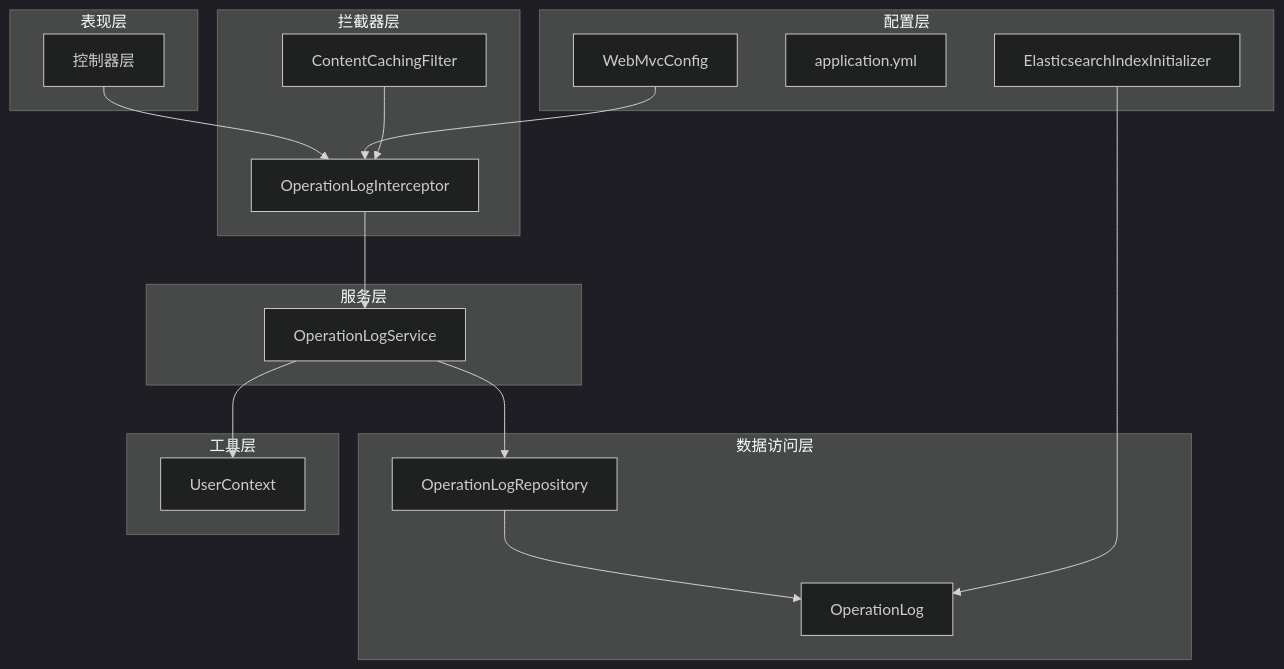
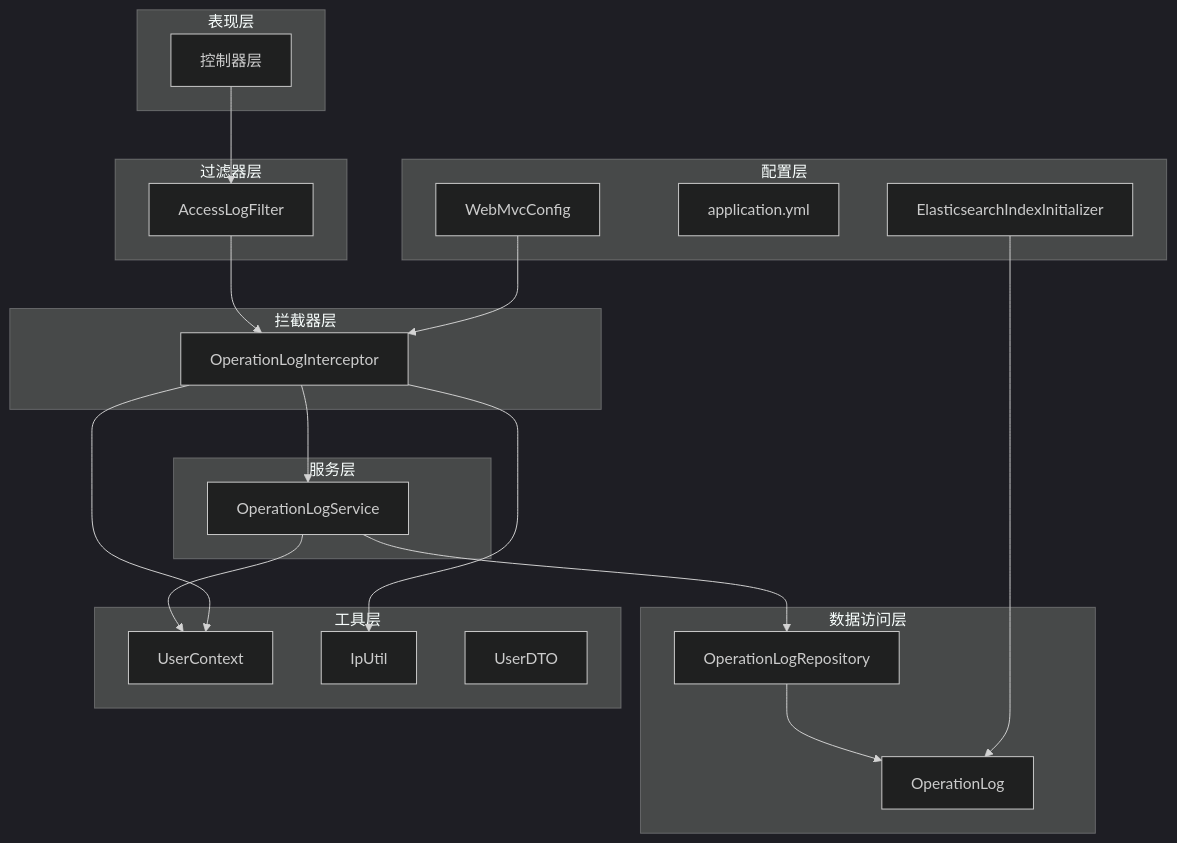
Before and after one commit to 20164206160/zhishilu: the tenth of 11 diagrams in .qoder/repowiki/zh/content/操作日志系统/操作日志系统.md, drawn with Mermaid (dark theme). The commit also changed other lines of this file and 28 other files, not shown here.

````diff
--- a/.qoder/repowiki/zh/content/操作日志系统/操作日志系统.md
+++ b/.qoder/repowiki/zh/content/操作日志系统/操作日志系统.md
@@ -310,33 +388,39 @@
 ```mermaid
 graph TB
 subgraph "表现层"
 Controllers[控制器层]
 end
+subgraph "过滤器层"
+AccessFilter[AccessLogFilter]
+end
 subgraph "拦截器层"
-Interceptor[OperationLogInterceptor]
-CachingFilter[ContentCachingFilter]
+OperationLogInterceptor[OperationLogInterceptor]
 end
 subgraph "服务层"
-Service[OperationLogService]
+OperationLogService[OperationLogService]
 end
 subgraph "数据访问层"
-Repository[OperationLogRepository]
-Entity[OperationLog]
+OperationLogRepository[OperationLogRepository]
+OperationLog[OperationLog]
 end
 subgraph "配置层"
 WebConfig[WebMvcConfig]
 ESConfig[application.yml]
 ESInit[ElasticsearchIndexInitializer]
 end
 subgraph "工具层"
 UserContext[UserContext]
+IpUtil[IpUtil]
+UserDTO[UserDTO]
 end
-Controllers --> Interceptor
-Interceptor --> Service
-Service --> Repository
-Repository --> Entity
-WebConfig --> Interceptor
-ESInit --> Entity
-Service --> UserContext
-CachingFilter --> Interceptor
+Controllers --> AccessFilter
+AccessFilter --> OperationLogInterceptor
+OperationLogInterceptor --> OperationLogService
+OperationLogService --> OperationLogRepository
+OperationLogRepository --> OperationLog
+WebConfig --> OperationLogInterceptor
+ESInit --> OperationLog
+OperationLogService --> UserContext
+OperationLogInterceptor --> UserContext
+OperationLogInterceptor --> IpUtil
 ```
````
